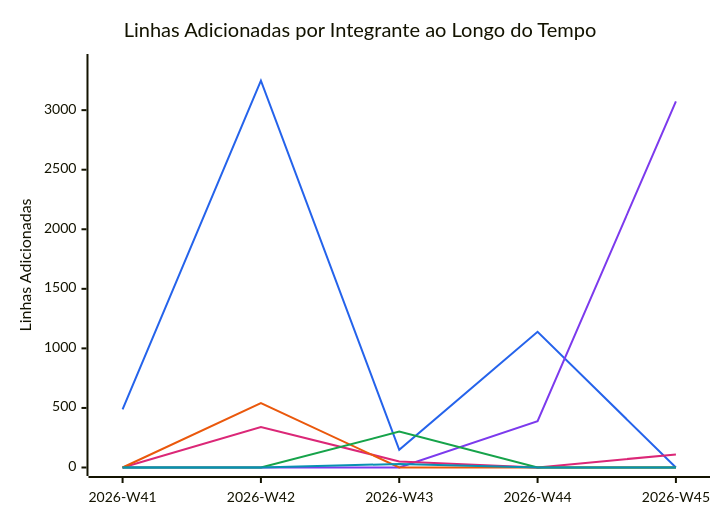
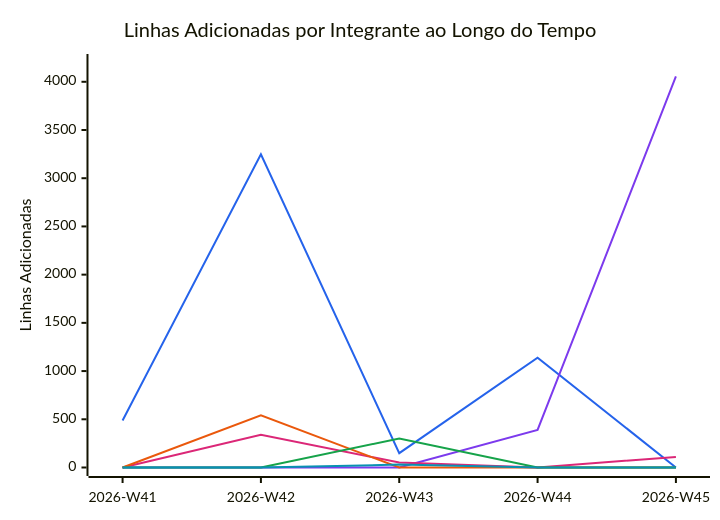
One commit to FCTE-Qualidade-de-Software-1/2026-2_T02_FRANS_BILAS changed the diagram in documentation/snippets/management/code-additions.mmd. Above: the diagram before and after it, drawn with Mermaid. The commit also changed 3 other files, not shown here.

```diff
--- a/documentation/snippets/management/code-additions.mmd
+++ b/documentation/snippets/management/code-additions.mmd
@@ -1,11 +1,11 @@
 %%{init: {"themeVariables": {"xyChart": {"plotColorPalette": "#2563eb, #7c3aed, #db2777, #ea580c, #16a34a, #0891b2"}}}}%%
 xychart-beta
     title "Linhas Adicionadas por Integrante ao Longo do Tempo"
     x-axis ["2026-W41", "2026-W42", "2026-W43", "2026-W44", "2026-W45"]
-    y-axis "Linhas Adicionadas" 0 --> 3400
+    y-axis "Linhas Adicionadas" 0 --> 4200
     line [488, 3248, 149, 1139, 0]
-    line [0, 0, 0, 389, 3073]
+    line [0, 0, 0, 389, 4055]
     line [0, 340, 51, 0, 110]
     line [0, 540, 0, 0, 0]
     line [0, 0, 301, 0, 0]
     line [0, 0, 30, 0, 0]
```
